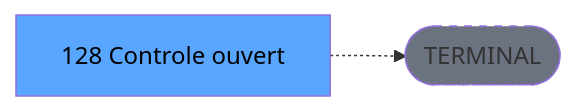
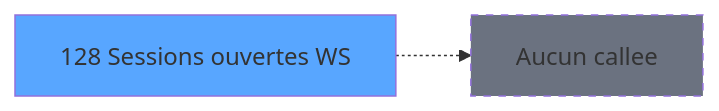
The third of 3 diagrams in .openspec/specs/ADH-IDE-128.md (thonyAGP/magic-migration), drawn with Mermaid before and after one commit. The commit also changed other lines of this file and 311 other files, not shown here.

````diff
--- a/.openspec/specs/ADH-IDE-128.md
+++ b/.openspec/specs/ADH-IDE-128.md
@@ -140,8 +163,8 @@
 ```mermaid
 graph LR
-    T[128 Controle ouvert]
-    TERM([TERMINAL])
-    T -.-> TERM
-    style TERM fill:#6b7280,stroke-dasharray: 5 5
-    style T fill:#58a6ff,color:#000
+    T128[128 Sessions ouvertes WS]
+    style T128 fill:#58a6ff
+    NONE[Aucun callee]
+    T128 -.-> NONE
+    style NONE fill:#6b7280,stroke-dasharray: 5 5
 ```
````
